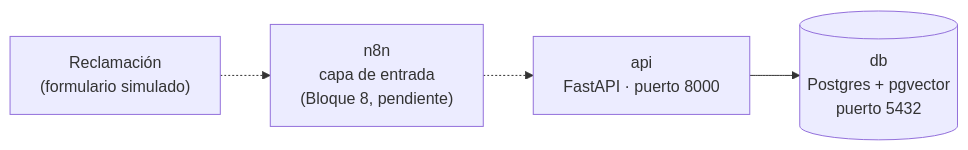
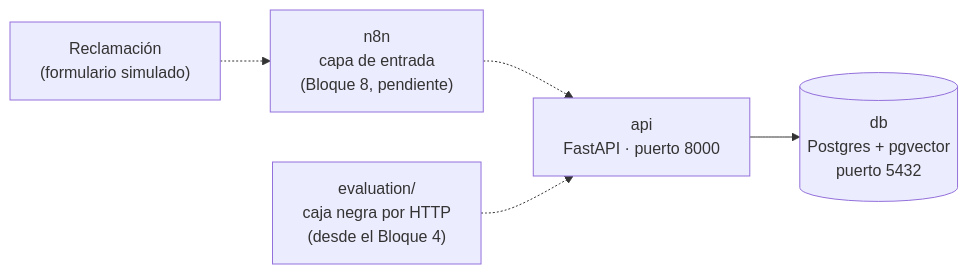
The diagram in docs/architecture.md (silbertvb/claimtrace), drawn with Mermaid before and after one commit. The commit also changed other lines of this file and 5 other files, not shown here.

Commit message:
docs: add public roadmap, ADR-003 and architecture rules

````diff
--- a/docs/architecture.md
+++ b/docs/architecture.md
@@ -8,11 +8,13 @@
 ```mermaid
 flowchart LR
     usuario["Reclamación<br/>(formulario simulado)"]
     n8n["n8n<br/>capa de entrada<br/>(Bloque 8, pendiente)"]
     api["api<br/>FastAPI · puerto 8000"]
     db[("db<br/>Postgres + pgvector<br/>puerto 5432")]
+    evaluacion["evaluation/<br/>caja negra por HTTP<br/>(desde el Bloque 4)"]
 
     usuario -.-> n8n
     n8n -.-> api
     api --> db
+    evaluacion -.-> api
 ```
````
